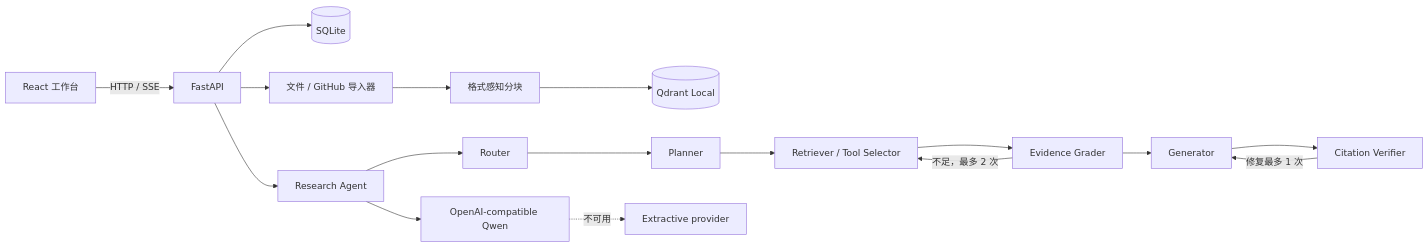
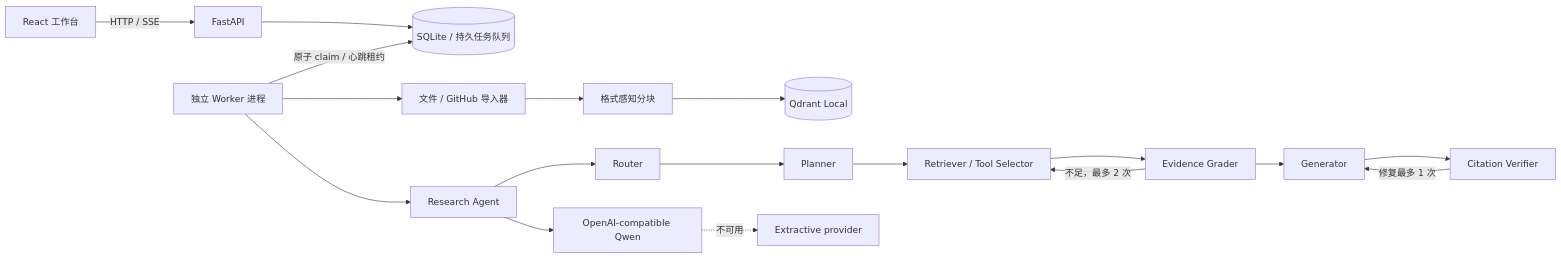
Before and after one commit to JennyMa11/InfraResearch-Agent: the diagram in docs/architecture.md, drawn with Mermaid. The commit also changed other lines of this file and 51 other files, not shown here.

````diff
--- a/docs/architecture.md
+++ b/docs/architecture.md
@@ -3,19 +3,20 @@
 ```mermaid
 flowchart LR
     UI[React 工作台] -->|HTTP / SSE| API[FastAPI]
-    API --> DB[(SQLite)]
-    API --> ING[文件 / GitHub 导入器]
+    API --> DB[(SQLite / 持久任务队列)]
+    WORKER[独立 Worker 进程] -->|原子 claim / 心跳租约| DB
+    WORKER --> ING[文件 / GitHub 导入器]
     ING --> CHUNK[格式感知分块]
     CHUNK --> Q[(Qdrant Local)]
-    API --> AGENT[Research Agent]
+    WORKER --> AGENT[Research Agent]
     AGENT --> ROUTER[Router]
     ROUTER --> PLAN[Planner]
     PLAN --> RET[Retriever / Tool Selector]
     RET --> GRADE[Evidence Grader]
     GRADE -->|不足，最多 2 次| RET
     GRADE --> GEN[Generator]
     GEN --> VERIFY[Citation Verifier]
     VERIFY -->|修复最多 1 次| GEN
     AGENT --> LLM[OpenAI-compatible Qwen]
     LLM -.不可用.-> FALLBACK[Extractive provider]
 ```
````
